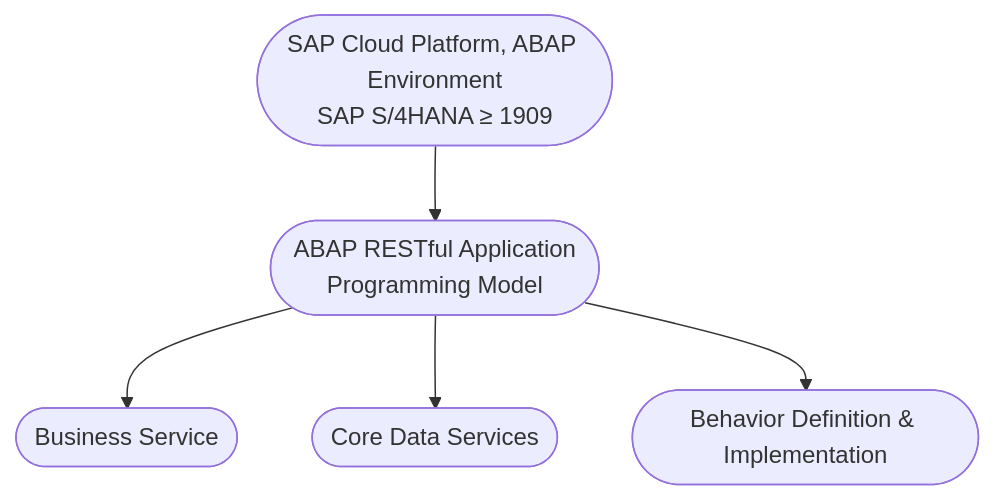
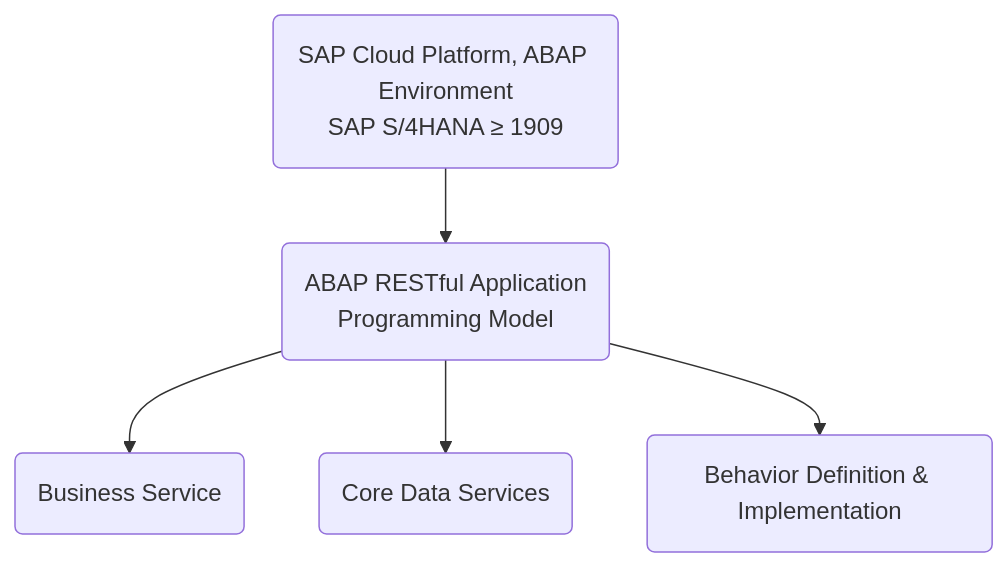
The first of 2 diagrams in README.md (edmilson-nascimento/abap-rap), drawn with Mermaid before and after one commit. The commit also changed other lines of this file, not shown here.

Commit message:
Refactor mermaid diagrams in README.md for improved clarity and consistency

````diff
--- a/README.md
+++ b/README.md
@@ -17,7 +17,7 @@
 ```mermaid
 flowchart TD
-    A([SAP Cloud Platform, ABAP Environment<br>SAP S/4HANA ≥ 1909]) --> B([ABAP RESTful Application<br>Programming Model])
-    B --> C([Business Service])
-    B --> D([Core Data Services])
-    B --> E([Behavior Definition & Implementation])
+    A(SAP Cloud Platform, ABAP Environment<br>SAP S/4HANA ≥ 1909) --> B(ABAP RESTful Application<br>Programming Model)
+    B --> C(Business Service)
+    B --> D(Core Data Services)
+    B --> E(Behavior Definition & Implementation)
 ```
````
